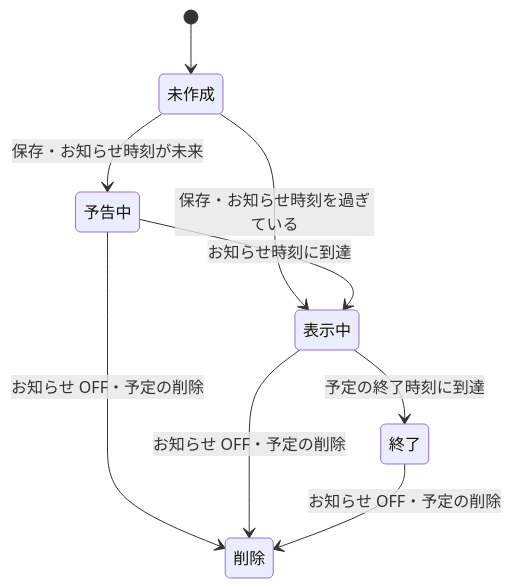
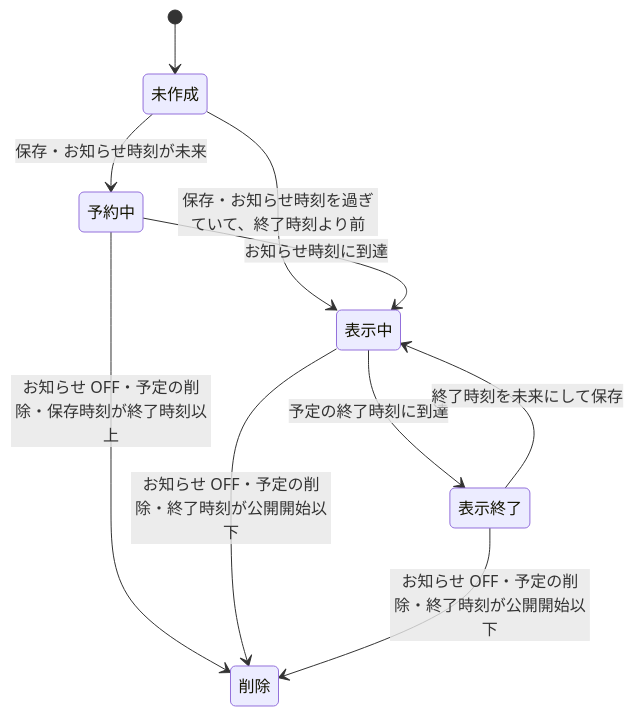
Before and after one commit to panicboat/monorepo: the diagram in dystopia/docs/features/schedules.md, drawn with Mermaid. The commit also changed other lines of this file and 21 other files, not shown here.

````diff
--- a/dystopia/docs/features/schedules.md
+++ b/dystopia/docs/features/schedules.md
@@ -69,11 +69,12 @@
 ```mermaid
 stateDiagram-v2
     [*] --> 未作成
-    未作成 --> 予告中: 保存・お知らせ時刻が未来
-    未作成 --> 表示中: 保存・お知らせ時刻を過ぎている
-    予告中 --> 表示中: お知らせ時刻に到達
-    表示中 --> 終了: 予定の終了時刻に到達
-    予告中 --> 削除: お知らせ OFF・予定の削除
-    表示中 --> 削除: お知らせ OFF・予定の削除
-    終了 --> 削除: お知らせ OFF・予定の削除
+    未作成 --> 予約中: 保存・お知らせ時刻が未来
+    未作成 --> 表示中: 保存・お知らせ時刻を過ぎていて、終了時刻より前
+    予約中 --> 表示中: お知らせ時刻に到達
+    表示中 --> 表示終了: 予定の終了時刻に到達
+    表示終了 --> 表示中: 終了時刻を未来にして保存
+    予約中 --> 削除: お知らせ OFF・予定の削除・保存時刻が終了時刻以上
+    表示中 --> 削除: お知らせ OFF・予定の削除・終了時刻が公開開始以下
+    表示終了 --> 削除: お知らせ OFF・予定の削除・終了時刻が公開開始以下
 ```
````
